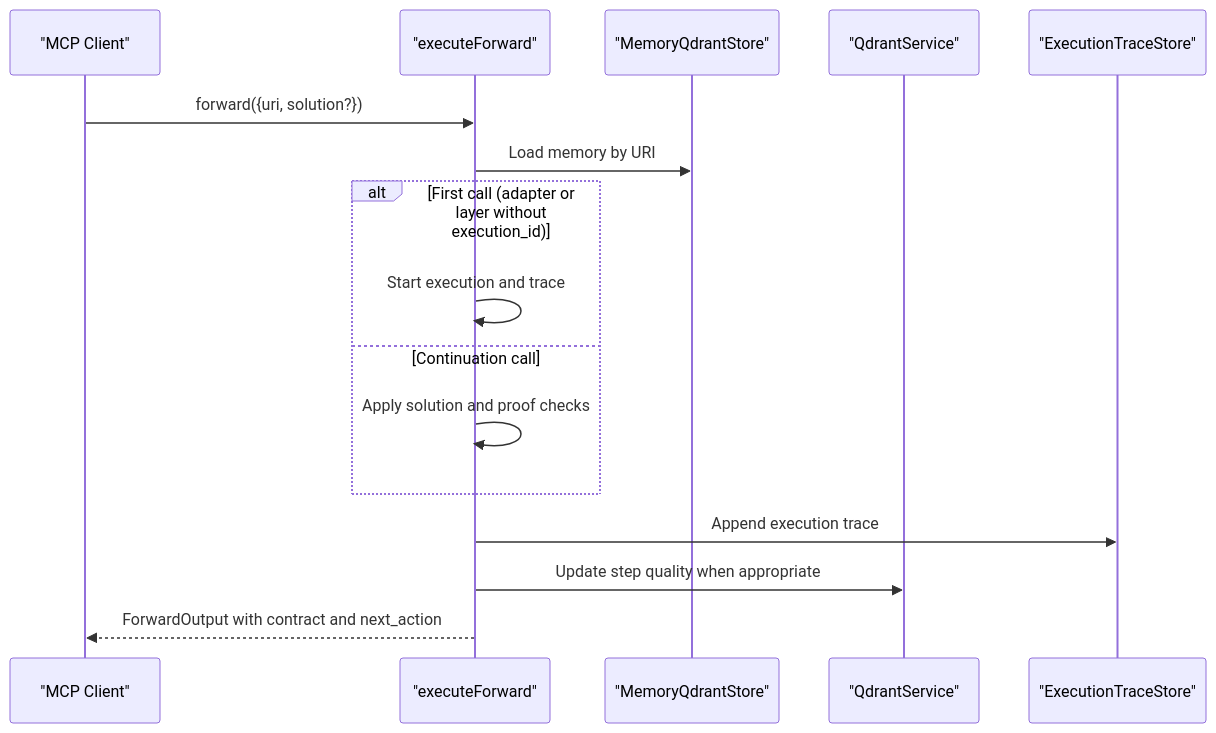
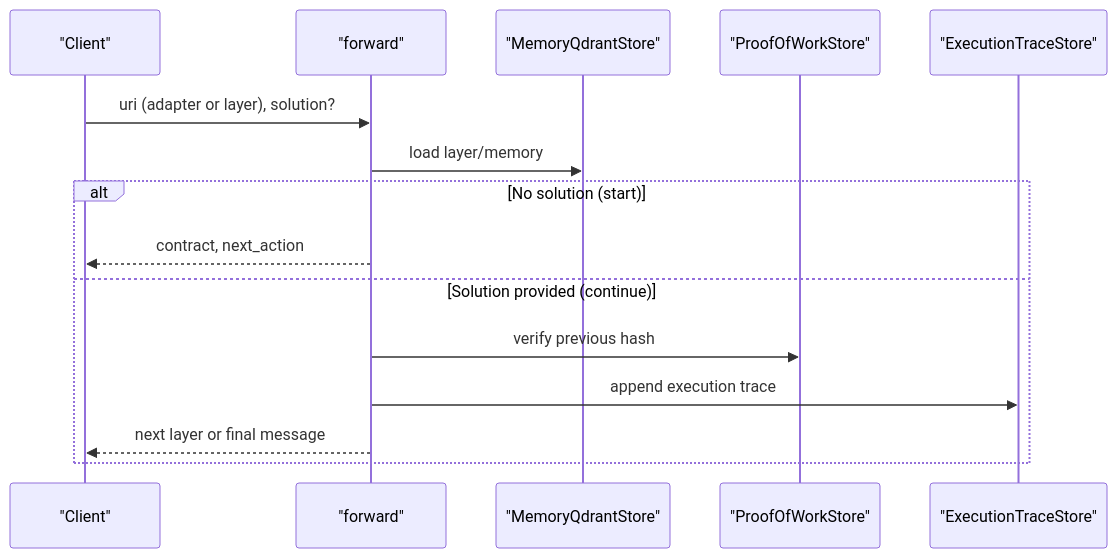
One commit to SquadRules/mcp changed the fourth of 11 diagrams in .qoder/repowiki/en/content/MCP Tools Reference/MCP Tools Reference.md. Above: the diagram before and after it, drawn with Mermaid. The commit also changed other lines of this file and 553 other files, not shown here.

````diff
--- a/.qoder/repowiki/en/content/MCP Tools Reference/MCP Tools Reference.md
+++ b/.qoder/repowiki/en/content/MCP Tools Reference/MCP Tools Reference.md
@@ -398,18 +257,17 @@
 ```mermaid
 sequenceDiagram
-participant Client as "MCP Client"
-participant Forward as "executeForward"
-participant Mem as "MemoryQdrantStore"
-participant Q as "QdrantService"
+participant Client as "Client"
+participant Forward as "forward"
+participant Memory as "MemoryQdrantStore"
+participant POW as "ProofOfWorkStore"
 participant Trace as "ExecutionTraceStore"
-Client->>Forward : forward({uri, solution?})
-Forward->>Mem : Load memory by URI
-alt First call (adapter or layer without execution_id)
-Forward->>Forward : Start execution and trace
-else Continuation call
-Forward->>Forward : Apply solution and proof checks
+Client->>Forward : uri (adapter or layer), solution?
+Forward->>Memory : load layer/memory
+alt No solution (start)
+Forward-->>Client : contract, next_action
+else Solution provided (continue)
+Forward->>POW : verify previous hash
+Forward->>Trace : append execution trace
+Forward-->>Client : next layer or final message
 end
-Forward->>Trace : Append execution trace
-Forward->>Q : Update step quality when appropriate
-Forward-->>Client : ForwardOutput with contract and next_action
 ```
````
